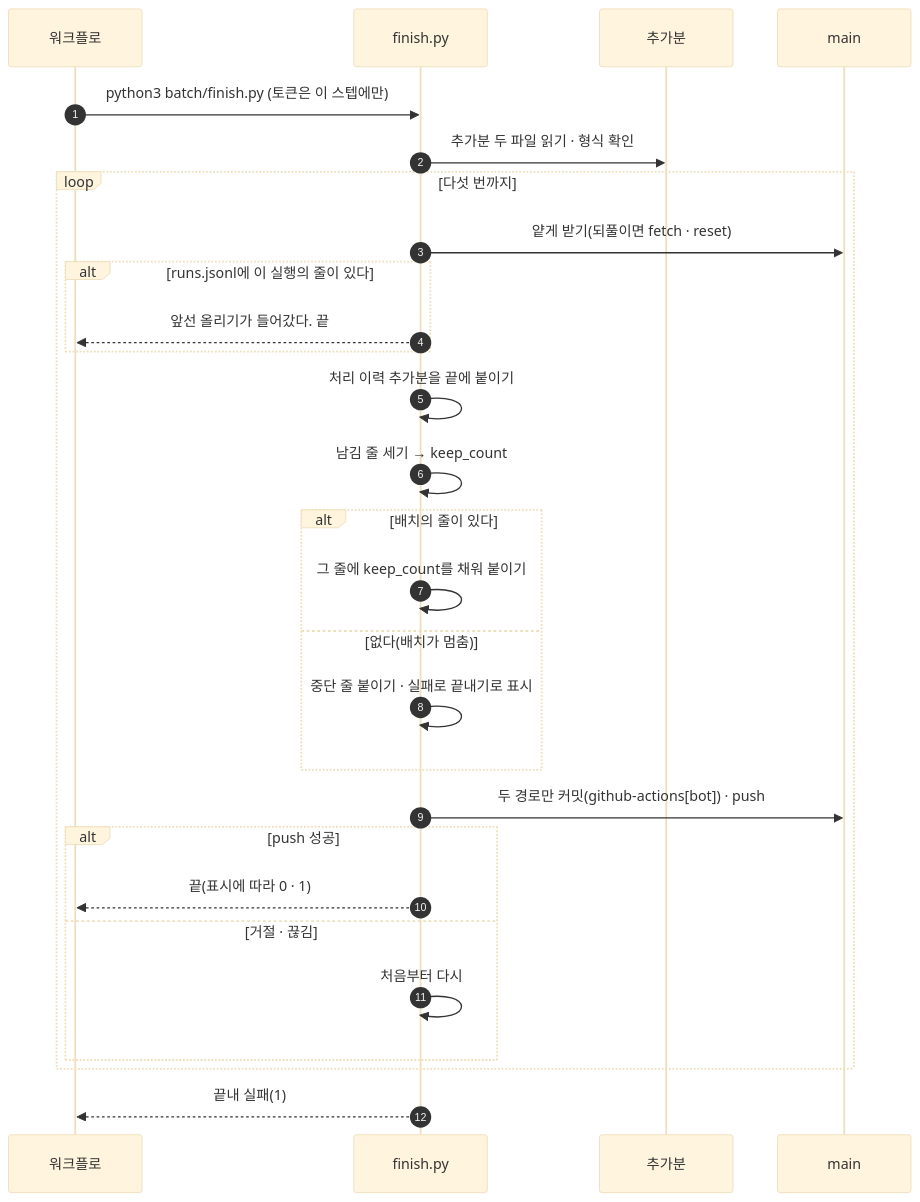
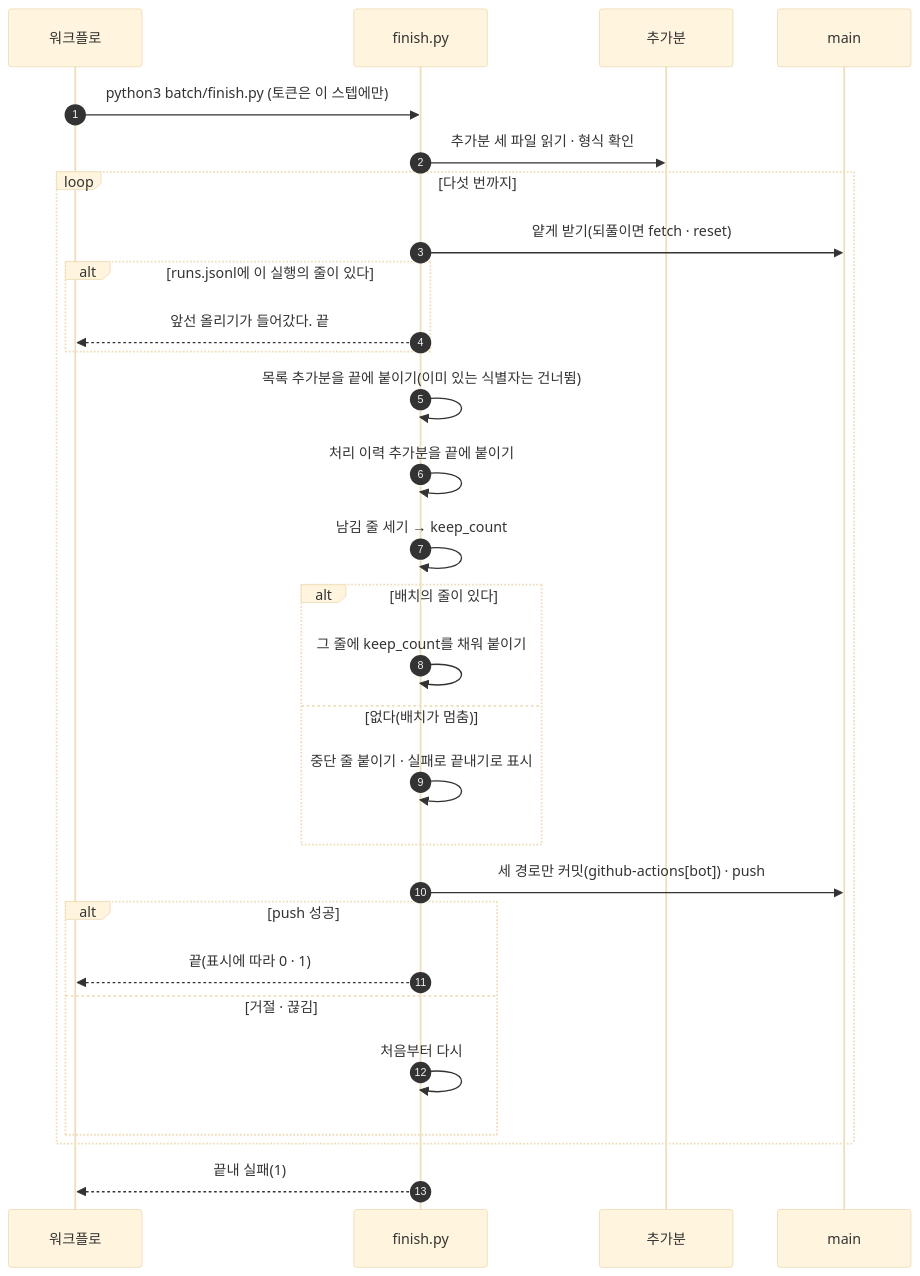
Before and after one commit to HoyoungParkme/competition-crawler: the seventh of 12 diagrams in docs/specs/09-SEQ/CCR-SEQ-001.md, drawn with Mermaid (base theme). The commit also changed other lines of this file, not shown here.

````diff
--- a/docs/specs/09-SEQ/CCR-SEQ-001.md
+++ b/docs/specs/09-SEQ/CCR-SEQ-001.md
@@ -313,30 +304,31 @@
 ```mermaid
 sequenceDiagram
     autonumber
     participant WF as 워크플로
     participant F as finish.py
     participant FS as 추가분
     participant G as main
     WF->>F: python3 batch/finish.py (토큰은 이 스텝에만)
-    F->>FS: 추가분 두 파일 읽기 · 형식 확인
+    F->>FS: 추가분 세 파일 읽기 · 형식 확인
     loop 다섯 번까지
         F->>G: 얕게 받기(되풀이면 fetch · reset)
         alt runs.jsonl에 이 실행의 줄이 있다
             F-->>WF: 앞선 올리기가 들어갔다. 끝
         end
+        F->>F: 목록 추가분을 끝에 붙이기(이미 있는 식별자는 건너뜀)
         F->>F: 처리 이력 추가분을 끝에 붙이기
         F->>F: 남김 줄 세기 → keep_count
         alt 배치의 줄이 있다
             F->>F: 그 줄에 keep_count를 채워 붙이기
         else 없다(배치가 멈춤)
             F->>F: 중단 줄 붙이기 · 실패로 끝내기로 표시
         end
-        F->>G: 두 경로만 커밋(github-actions[bot]) · push
+        F->>G: 세 경로만 커밋(github-actions[bot]) · push
         alt push 성공
             F-->>WF: 끝(표시에 따라 0 · 1)
         else 거절 · 끊김
             F->>F: 처음부터 다시
         end
     end
     F-->>WF: 끝내 실패(1)
 ```
````
